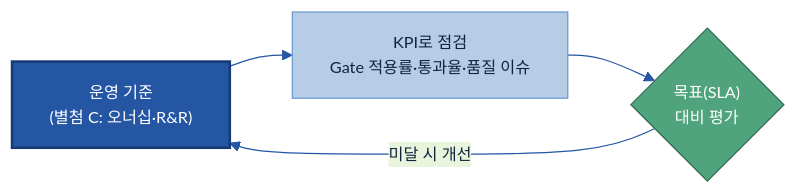
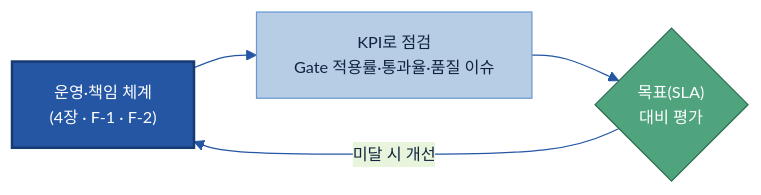
The sixth of 6 diagrams in 가이드 작성/C-2 데이터 품질 관리/C-2 데이터 품질 관리.md (jin-kearney/ai-ready-data-manual), drawn with Mermaid before and after one commit. The commit also changed other lines of this file and 3 other files, not shown here.

````diff
--- a/가이드 작성/C-2 데이터 품질 관리/C-2 데이터 품질 관리.md
+++ b/가이드 작성/C-2 데이터 품질 관리/C-2 데이터 품질 관리.md
@@ -473,11 +473,11 @@
 ```mermaid
 %%{init: {'theme':'base','themeVariables':{'primaryColor':'#DCE8F5','primaryBorderColor':'#2456A4','primaryTextColor':'#10243f','lineColor':'#2456A4','clusterBkg':'#EEF4FB','clusterBorder':'#6B9AD1','fontSize':'13px'}}}%%
 flowchart LR
-    STD["운영 기준<br/>(별첨 C: 오너십·R&R)"]:::std
+    STD["운영·책임 체계<br/>(4장 · F-1 · F-2)"]:::std
     K["KPI로 점검<br/>Gate 적용률·통과율·품질 이슈"]:::mid
     G{"목표(SLA)<br/>대비 평가"}:::gate
     STD --> K --> G -->|미달 시 개선| STD
     classDef std fill:#2456A4,color:#fff,stroke:#163a73,stroke-width:2px;
     classDef mid fill:#B7CDE6,stroke:#6B9AD1,color:#10243f;
     classDef gate fill:#4FA47D,stroke:#2f6b50,color:#fff;
 ```
````
